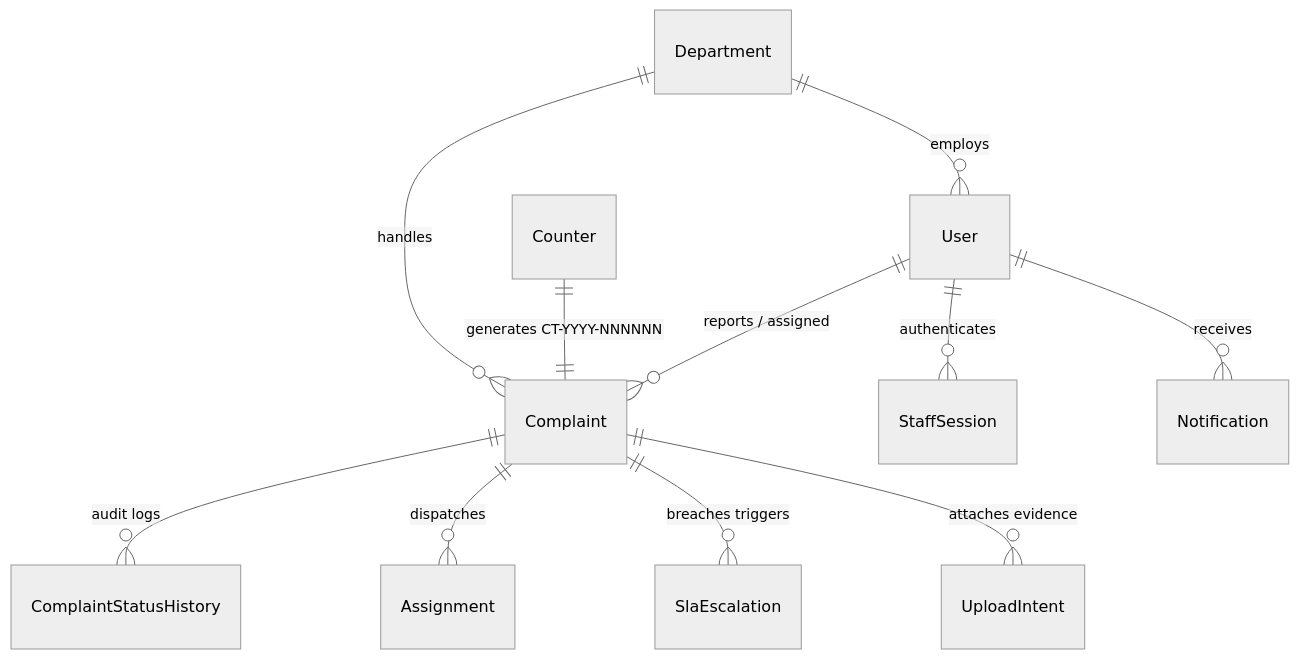
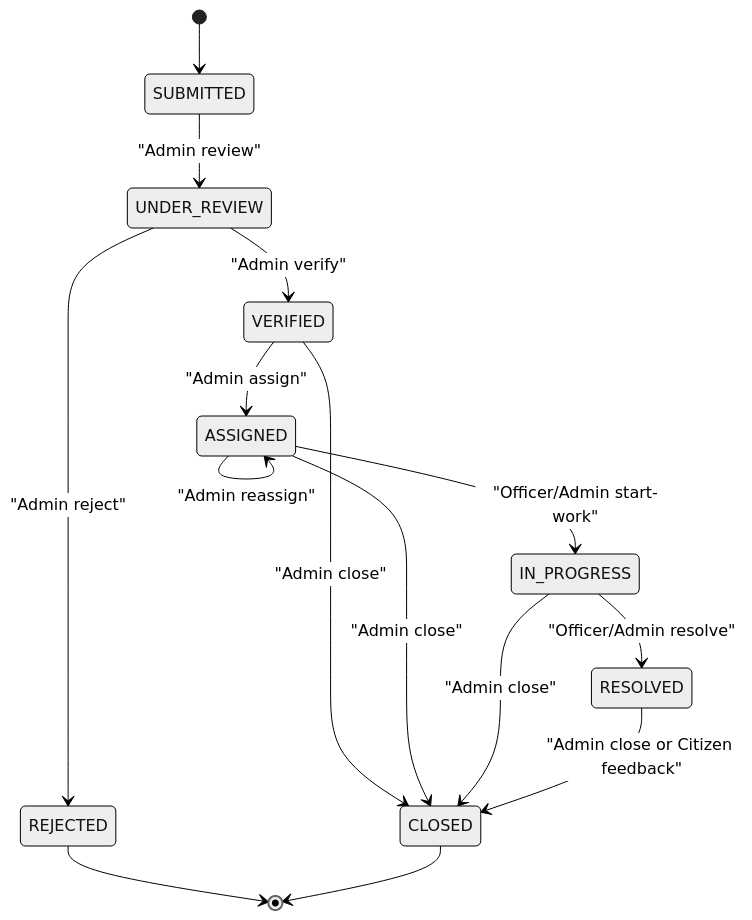
Before and after one commit to alokprasad573/CivicTrack: the second of 2 diagrams in README.md, drawn with Mermaid (neutral theme). The commit also changed other lines of this file and 8 other files, not shown here.

Commit message:
Refactor documentation for CivicTrack: Update FEATURES.md, QUICKSTART.md, and TECH_STACK.md for clarity and consistency; enhance feature descriptions, environment variable details, and architectural decision records.

````diff
--- a/README.md
+++ b/README.md
@@ -140,13 +53,17 @@
 ```mermaid
-erDiagram
-    User ||--o{ Complaint : "reports / assigned"
-    Department ||--o{ Complaint : "handles"
-    Department ||--o{ User : "employs"
-    Complaint ||--o{ ComplaintStatusHistory : "audit logs"
-    Complaint ||--o{ Assignment : "dispatches"
-    Complaint ||--o{ SlaEscalation : "breaches triggers"
-    Complaint ||--o{ UploadIntent : "attaches evidence"
-    User ||--o{ StaffSession : "authenticates"
-    User ||--o{ Notification : "receives"
-    Counter ||--|| Complaint : "generates CT-YYYY-NNNNNN"
+stateDiagram-v2
+    [*] --> SUBMITTED
+    SUBMITTED --> UNDER_REVIEW : "Admin review"
+    UNDER_REVIEW --> VERIFIED : "Admin verify"
+    UNDER_REVIEW --> REJECTED : "Admin reject"
+    VERIFIED --> ASSIGNED : "Admin assign"
+    VERIFIED --> CLOSED : "Admin close"
+    ASSIGNED --> ASSIGNED : "Admin reassign"
+    ASSIGNED --> IN_PROGRESS : "Officer/Admin start-work"
+    ASSIGNED --> CLOSED : "Admin close"
+    IN_PROGRESS --> RESOLVED : "Officer/Admin resolve"
+    IN_PROGRESS --> CLOSED : "Admin close"
+    RESOLVED --> CLOSED : "Admin close or Citizen feedback"
+    REJECTED --> [*]
+    CLOSED --> [*]
 ```
````
